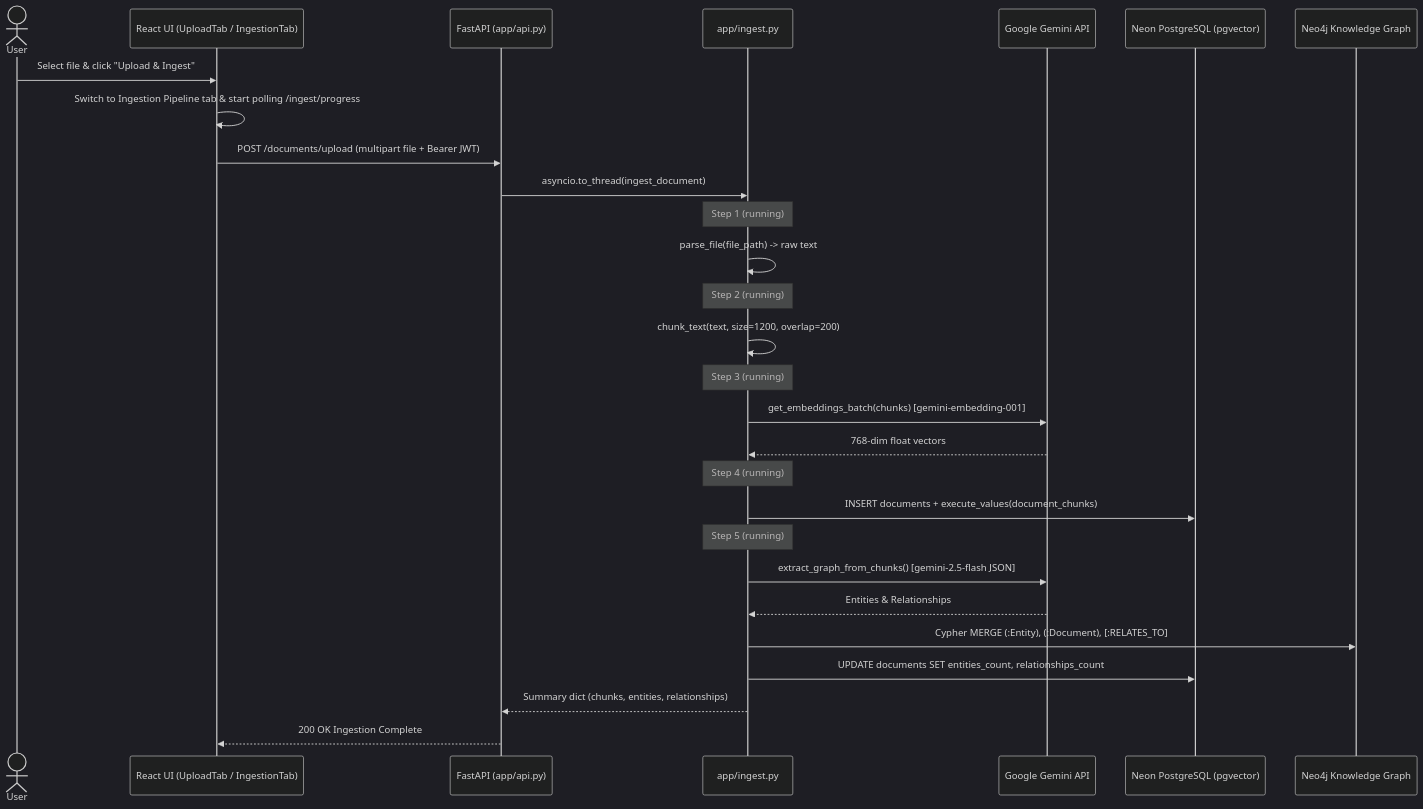
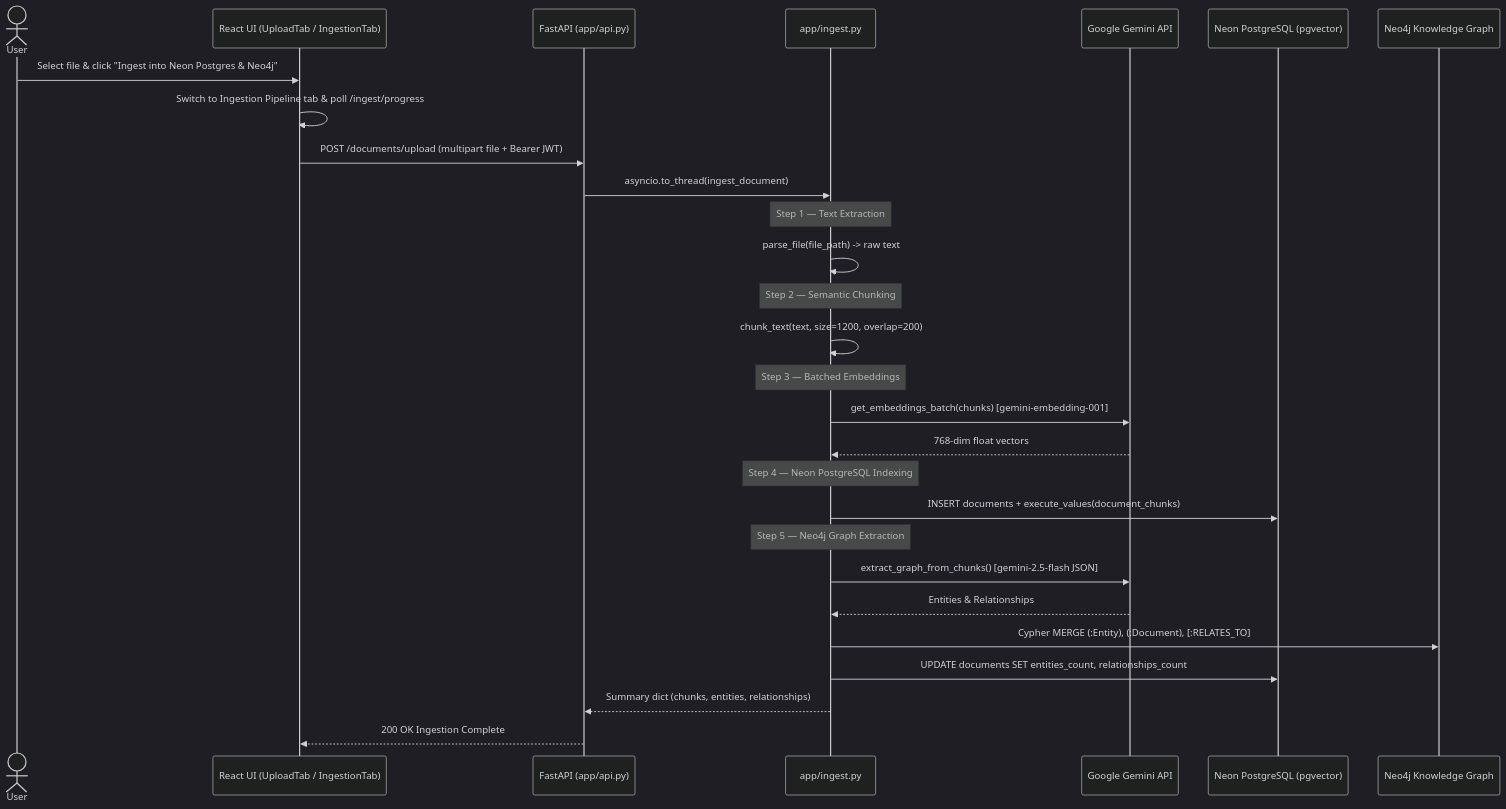
Before and after one commit to Dronanaik/adk_rag: the third of 5 diagrams in docs/ARCHITECTURE.md, drawn with Mermaid (dark theme). The commit also changed other lines of this file and 7 other files, not shown here.

````diff
--- a/docs/ARCHITECTURE.md
+++ b/docs/ARCHITECTURE.md
@@ -122,37 +148,37 @@
-```mermaid
-sequenceDiagram
-    actor User
-    participant UI as React UI (UploadTab / IngestionTab)
-    participant API as FastAPI (app/api.py)
-    participant Ingest as app/ingest.py
-    participant Gemini as Google Gemini API
-    participant Neon as Neon PostgreSQL (pgvector)
-    participant Neo4j as Neo4j Knowledge Graph
+    ```mermaid
+    sequenceDiagram
+        actor User
+        participant UI as React UI (UploadTab / IngestionTab)
+        participant API as FastAPI (app/api.py)
+        participant Ingest as app/ingest.py
+        participant Gemini as Google Gemini API
+        participant Neon as Neon PostgreSQL (pgvector)
+        participant Neo4j as Neo4j Knowledge Graph
 
-    User->>UI: Select file & click "Upload & Ingest"
-    UI->>UI: Switch to Ingestion Pipeline tab & start polling /ingest/progress
-    UI->>API: POST /documents/upload (multipart file + Bearer JWT)
-    API->>Ingest: asyncio.to_thread(ingest_document)
+        User->>UI: Select file & click "Ingest into Neon Postgres & Neo4j"
+        UI->>UI: Switch to Ingestion Pipeline tab & poll /ingest/progress
+        UI->>API: POST /documents/upload (multipart file + Bearer JWT)
+        API->>Ingest: asyncio.to_thread(ingest_document)
 
-    Note over Ingest: Step 1 (running)
-    Ingest->>Ingest: parse_file(file_path) -> raw text
+        Note over Ingest: Step 1 — Text Extraction
+        Ingest->>Ingest: parse_file(file_path) -> raw text
 
-    Note over Ingest: Step 2 (running)
-    Ingest->>Ingest: chunk_text(text, size=1200, overlap=200)
+        Note over Ingest: Step 2 — Semantic Chunking
+        Ingest->>Ingest: chunk_text(text, size=1200, overlap=200)
 
-    Note over Ingest: Step 3 (running)
-    Ingest->>Gemini: get_embeddings_batch(chunks) [gemini-embedding-001]
-    Gemini-->>Ingest: 768-dim float vectors
+        Note over Ingest: Step 3 — Batched Embeddings
+        Ingest->>Gemini: get_embeddings_batch(chunks) [gemini-embedding-001]
+        Gemini-->>Ingest: 768-dim float vectors
 
-    Note over Ingest: Step 4 (running)
-    Ingest->>Neon: INSERT documents + execute_values(document_chunks)
+        Note over Ingest: Step 4 — Neon PostgreSQL Indexing
+        Ingest->>Neon: INSERT documents + execute_values(document_chunks)
 
-    Note over Ingest: Step 5 (running)
-    Ingest->>Gemini: extract_graph_from_chunks() [gemini-2.5-flash JSON]
-    Gemini-->>Ingest: Entities & Relationships
-    Ingest->>Neo4j: Cypher MERGE (:Entity), (:Document), [:RELATES_TO]
-    Ingest->>Neon: UPDATE documents SET entities_count, relationships_count
+        Note over Ingest: Step 5 — Neo4j Graph Extraction
+        Ingest->>Gemini: extract_graph_from_chunks() [gemini-2.5-flash JSON]
+        Gemini-->>Ingest: Entities & Relationships
+        Ingest->>Neo4j: Cypher MERGE (:Entity), (:Document), [:RELATES_TO]
+        Ingest->>Neon: UPDATE documents SET entities_count, relationships_count
 
-    Ingest-->>API: Summary dict (chunks, entities, relationships)
-    API-->>UI: 200 OK Ingestion Complete
-```
+        Ingest-->>API: Summary dict (chunks, entities, relationships)
+        API-->>UI: 200 OK Ingestion Complete
+    ```
````
